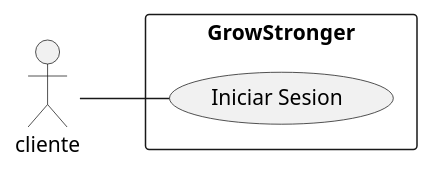
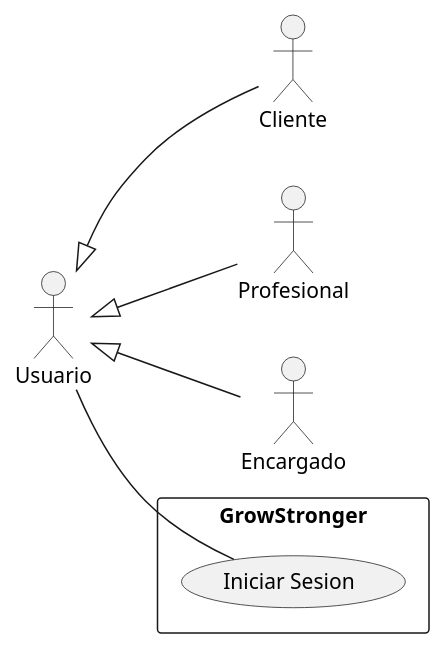
The diagram in Modelo Final/Resolucion de Z0SO.md (Z0SO/UML-Practice), drawn with PlantUML before and after one commit. The commit also changed 1 other file, not shown here.

Commit message:
Z0SO bkp -> 2024-06-30 18:04:58

````diff
--- a/Modelo Final/Resolucion de Z0SO.md
+++ b/Modelo Final/Resolucion de Z0SO.md
@@ -7,20 +7,34 @@
 ```plantuml
 
 @startuml
 
 left to right direction
 
-actor "cliente" as cliente
+actor "Usuario" as usuario
+
+actor "Cliente" as cliente
+actor "Profesional" as profesional
+actor "Encargado" as encargado
+
+usuario <|-- cliente
+usuario <|-- profesional
+usuario <|-- encargado
 
 rectangle "GrowStronger" {
 
     usecase "Iniciar Sesion" as IS
+    usuario -- IS
 
 
-    cliente -- IS
+    ' parte clientes
+
+
+
+    ' parte profesional
 
 
 }
 
+
 @enduml
 ```
````
